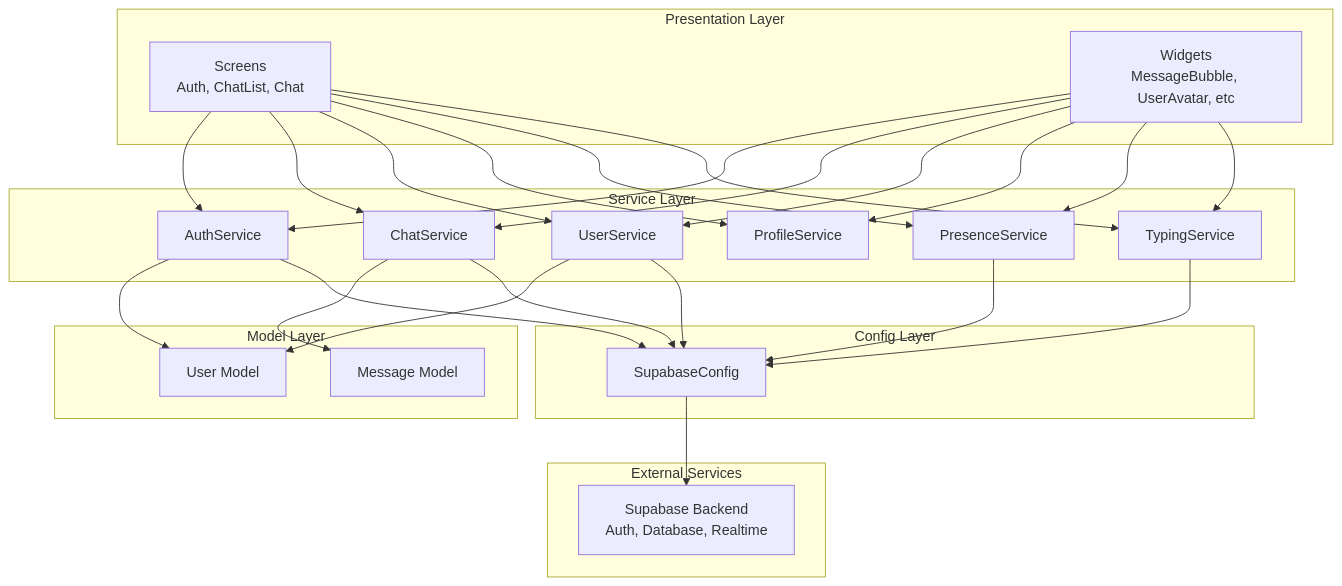
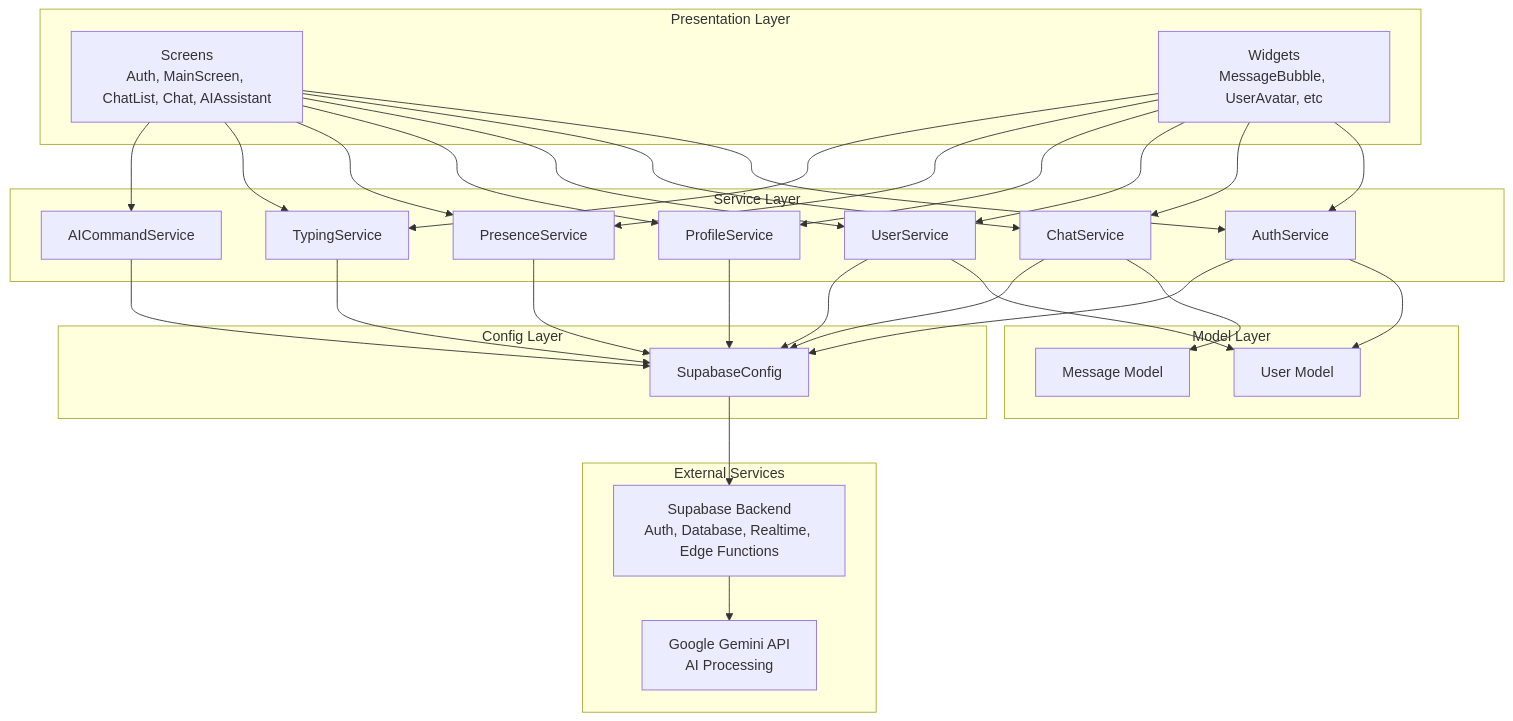
One commit to shoebsmk/Flutter-chat-claude changed the second of 10 diagrams in chat_app/ARCHITECTURE.md. Above: the diagram before and after it, drawn with Mermaid. The commit also changed other lines of this file and 4 other files, not shown here.

````diff
--- a/chat_app/ARCHITECTURE.md
+++ b/chat_app/ARCHITECTURE.md
@@ -64,54 +72,60 @@
 ```mermaid
 graph TD
     subgraph "Presentation Layer"
-        Screens[Screens<br/>Auth, ChatList, Chat]
+        Screens[Screens<br/>Auth, MainScreen, ChatList, Chat, AIAssistant]
         Widgets[Widgets<br/>MessageBubble, UserAvatar, etc]
     end
     
     subgraph "Service Layer"
         AuthService[AuthService]
         ChatService[ChatService]
         UserService[UserService]
         ProfileService[ProfileService]
         PresenceService[PresenceService]
         TypingService[TypingService]
+        AICommandService[AICommandService]
     end
     
     subgraph "Model Layer"
         UserModel[User Model]
         MessageModel[Message Model]
     end
     
     subgraph "Config Layer"
         SupabaseConfig[SupabaseConfig]
     end
     
     subgraph "External Services"
-        SupabaseBackend[Supabase Backend<br/>Auth, Database, Realtime]
+        SupabaseBackend[Supabase Backend<br/>Auth, Database, Realtime, Edge Functions]
+        GeminiAPI[Google Gemini API<br/>AI Processing]
     end
     
     Screens --> AuthService
     Screens --> ChatService
     Screens --> UserService
     Screens --> ProfileService
     Screens --> PresenceService
     Screens --> TypingService
+    Screens --> AICommandService
     Widgets --> AuthService
     Widgets --> ChatService
     Widgets --> UserService
     Widgets --> ProfileService
     Widgets --> PresenceService
     Widgets --> TypingService
     
     AuthService --> UserModel
     ChatService --> MessageModel
     UserService --> UserModel
     
     AuthService --> SupabaseConfig
     ChatService --> SupabaseConfig
     UserService --> SupabaseConfig
+    ProfileService --> SupabaseConfig
     PresenceService --> SupabaseConfig
     TypingService --> SupabaseConfig
+    AICommandService --> SupabaseConfig
     
     SupabaseConfig --> SupabaseBackend
+    SupabaseBackend --> GeminiAPI
 ```
````
